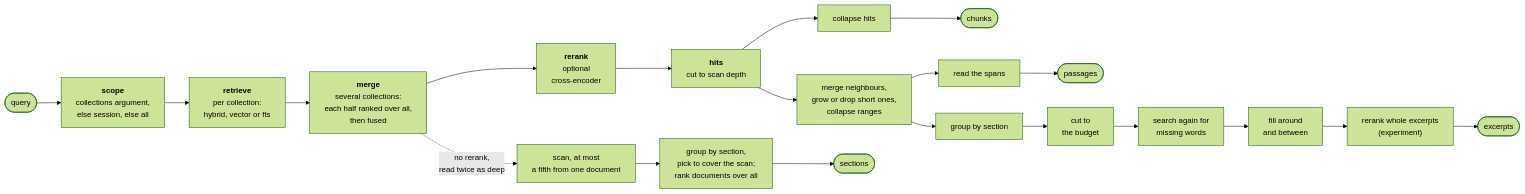
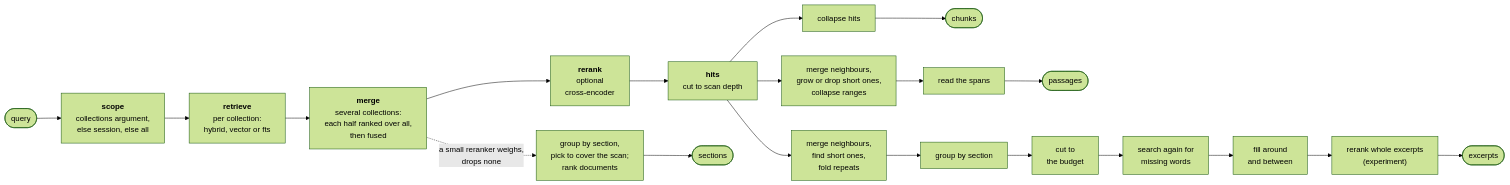
One commit to haskian/haskie changed the first of 3 diagrams in docs/search.md. Above: the diagram before and after it, drawn with Mermaid (forest theme). The commit also changed other lines of this file and 41 other files, not shown here.

````diff
--- a/docs/search.md
+++ b/docs/search.md
@@ -9,12 +9,12 @@
 ```mermaid
 flowchart LR
     q(["query"]) --> scope["<b>scope</b><br/>collections argument,<br/>else session, else all"]
     scope --> retrieve["<b>retrieve</b><br/>per collection:<br/>hybrid, vector or fts"]
     retrieve --> merge["<b>merge</b><br/>several collections:<br/>each half ranked over all,<br/>then fused"]
     merge --> rerank["<b>rerank</b><br/>optional<br/>cross-encoder"]
     rerank --> hits["<b>hits</b><br/>cut to scan depth"]
     hits --> fchunks["collapse hits"] --> chunks(["chunks"])
     hits --> franges["merge neighbours,<br/>grow or drop short ones,<br/>collapse ranges"] --> read["read the spans"] --> passages(["passages"])
-    franges --> group["group by section"] --> budget["cut to<br/>the budget"] --> probe["search again for<br/>missing words"] --> fill["fill around<br/>and between"] --> rerankx["rerank whole excerpts<br/>(experiment)"] --> excerpts(["excerpts"])
-    merge -. "no rerank,<br/>read twice as deep" .-> capped["scan, at most<br/>a fifth from one document"] --> mapsec["group by section,<br/>pick to cover the scan;<br/>rank documents over all"] --> sections(["sections"])
+    hits --> jranges["merge neighbours,<br/>find short ones,<br/>fold repeats"] --> group["group by section"] --> budget["cut to<br/>the budget"] --> probe["search again for<br/>missing words"] --> fill["fill around<br/>and between"] --> rerankx["rerank whole excerpts<br/>(experiment)"] --> excerpts(["excerpts"])
+    merge -. "a small reranker weighs,<br/>drops none" .-> mapsec["group by section,<br/>pick to cover the scan;<br/>rank documents"] --> sections(["sections"])
 ```
````
